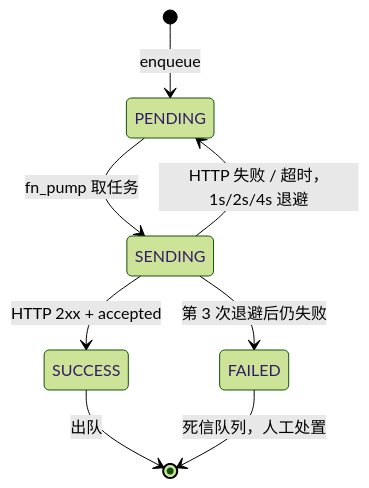
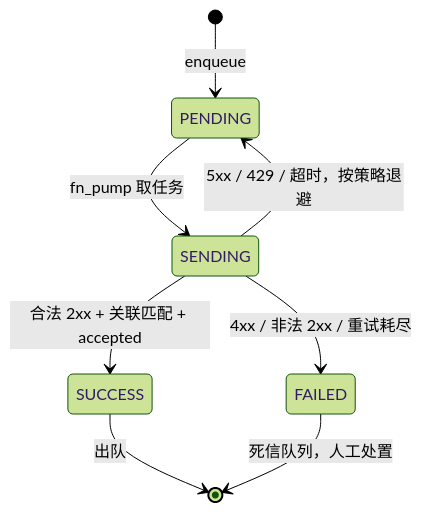
Before and after one commit to Mr-cjw/UA_LinqInspect: the diagram in docs/02_代码与NodeRED导读.md, drawn with Mermaid (forest theme). The commit also changed other lines of this file and 18 other files, not shown here.

````diff
--- a/docs/02_代码与NodeRED导读.md
+++ b/docs/02_代码与NodeRED导读.md
@@ -127,10 +127,10 @@
 ```mermaid
 stateDiagram-v2
     [*] --> PENDING: enqueue
     PENDING --> SENDING: fn_pump 取任务
-    SENDING --> SUCCESS: HTTP 2xx + accepted
-    SENDING --> PENDING: HTTP 失败 / 超时，1s/2s/4s 退避
-    SENDING --> FAILED: 第 3 次退避后仍失败
+    SENDING --> SUCCESS: 合法 2xx + 关联匹配 + accepted
+    SENDING --> PENDING: 5xx / 429 / 超时，按策略退避
+    SENDING --> FAILED: 4xx / 非法 2xx / 重试耗尽
     SUCCESS --> [*]: 出队
     FAILED --> [*]: 死信队列，人工处置
 ```
````
